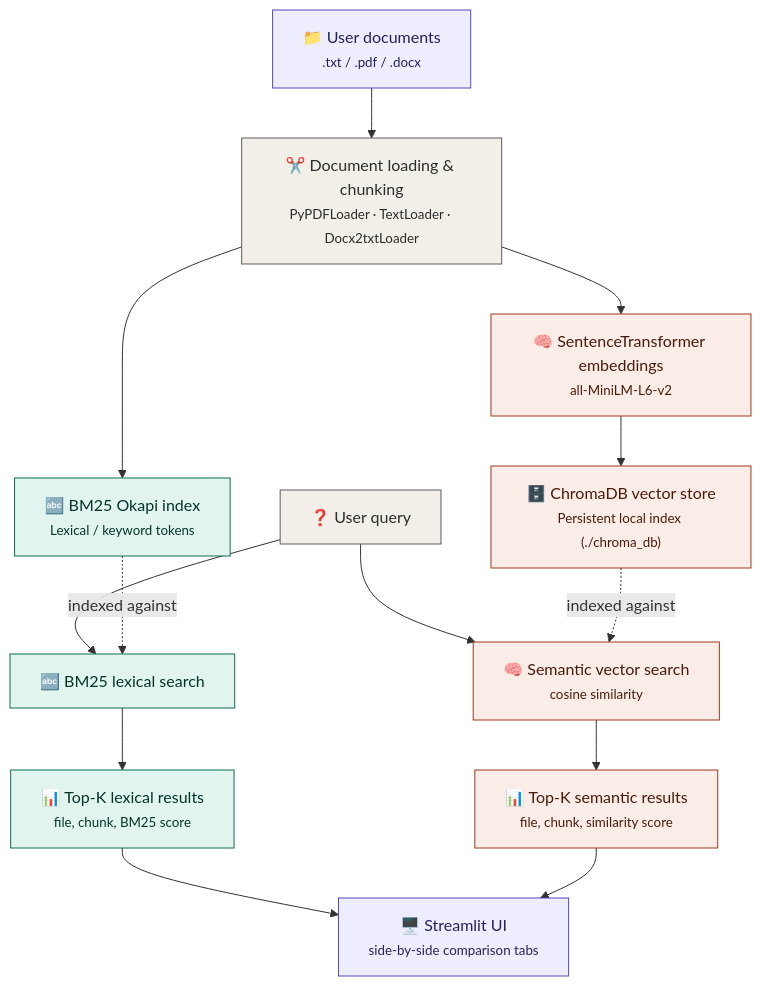
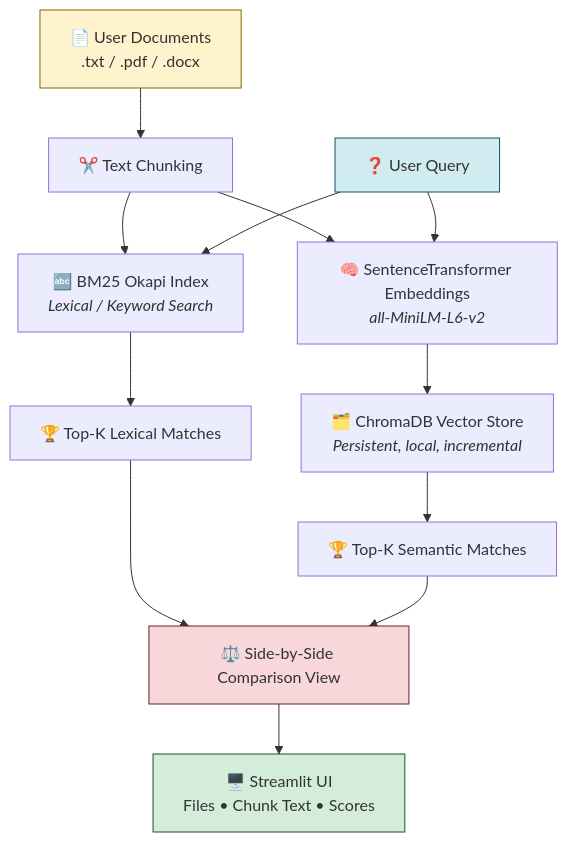
The first of 3 diagrams in README.md (RaghuramMotukuri/nova_hr_), drawn with Mermaid before and after one commit. The commit also changed other lines of this file, not shown here.

````diff
--- a/README.md
+++ b/README.md
@@ -81,32 +37,24 @@
 ```mermaid
 flowchart TD
-    A["📁 User documents<br/><small>.txt / .pdf / .docx</small>"] --> B["✂️ Document loading & chunking<br/><small>PyPDFLoader · TextLoader · Docx2txtLoader</small>"]
- 
-    B --> C["🔤 BM25 Okapi index<br/><small>Lexical / keyword tokens</small>"]
-    B --> D["🧠 SentenceTransformer embeddings<br/><small>all-MiniLM-L6-v2</small>"]
-    D --> E["🗄️ ChromaDB vector store<br/><small>Persistent local index (./chroma_db)</small>"]
- 
-    F["❓ User query"] --> G["🔤 BM25 lexical search"]
-    F --> H["🧠 Semantic vector search<br/><small>cosine similarity</small>"]
- 
-    C -.indexed against.-> G
-    E -.indexed against.-> H
- 
-    G --> I["📊 Top-K lexical results<br/><small>file, chunk, BM25 score</small>"]
-    H --> J["📊 Top-K semantic results<br/><small>file, chunk, similarity score</small>"]
- 
-    I --> K["🖥️ Streamlit UI<br/><small>side-by-side comparison tabs</small>"]
-    J --> K
- 
-    style A fill:#EEEDFE,stroke:#534AB7,color:#26215C
-    style B fill:#F1EFE8,stroke:#5F5E5A,color:#2C2C2A
-    style C fill:#E1F5EE,stroke:#0F6E56,color:#04342C
-    style D fill:#FAECE7,stroke:#993C1D,color:#4A1B0C
-    style E fill:#FAECE7,stroke:#993C1D,color:#4A1B0C
-    style F fill:#F1EFE8,stroke:#5F5E5A,color:#2C2C2A
-    style G fill:#E1F5EE,stroke:#0F6E56,color:#04342C
-    style H fill:#FAECE7,stroke:#993C1D,color:#4A1B0C
-    style I fill:#E1F5EE,stroke:#0F6E56,color:#04342C
-    style J fill:#FAECE7,stroke:#993C1D,color:#4A1B0C
-    style K fill:#EEEDFE,stroke:#534AB7,color:#26215C
+    A["📄 User Documents<br/>.txt / .pdf / .docx"] --> B["✂️ Text Chunking"]
+
+    B --> C["🔤 BM25 Okapi Index<br/><i>Lexical / Keyword Search</i>"]
+    B --> D["🧠 SentenceTransformer Embeddings<br/><i>all-MiniLM-L6-v2</i>"]
+    D --> E["🗂️ ChromaDB Vector Store<br/><i>Persistent, local, incremental</i>"]
+
+    F["❓ User Query"] --> C
+    F --> D
+
+    C --> G["🏆 Top-K Lexical Matches"]
+    E --> H["🏆 Top-K Semantic Matches"]
+
+    G --> I["⚖️ Side-by-Side Comparison View"]
+    H --> I
+
+    I --> J["🖥️ Streamlit UI<br/>Files • Chunk Text • Scores"]
+
+    style A fill:#fff3cd,stroke:#856404
+    style F fill:#d1ecf1,stroke:#0c5460
+    style J fill:#d4edda,stroke:#155724
+    style I fill:#f8d7da,stroke:#721c24
 ```
````
